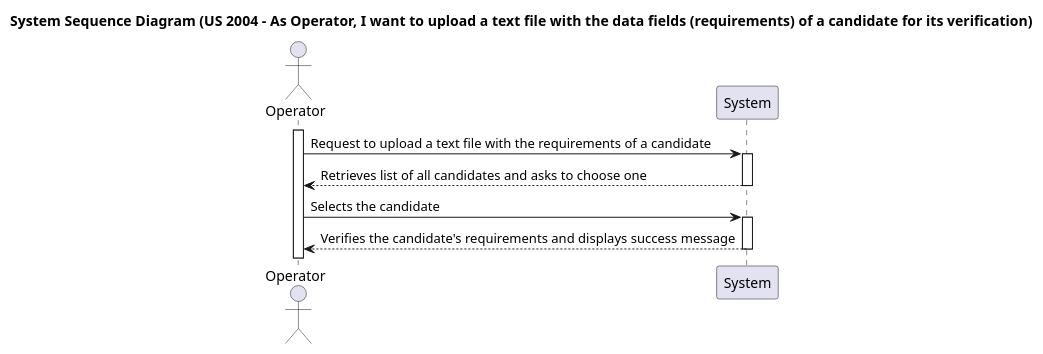
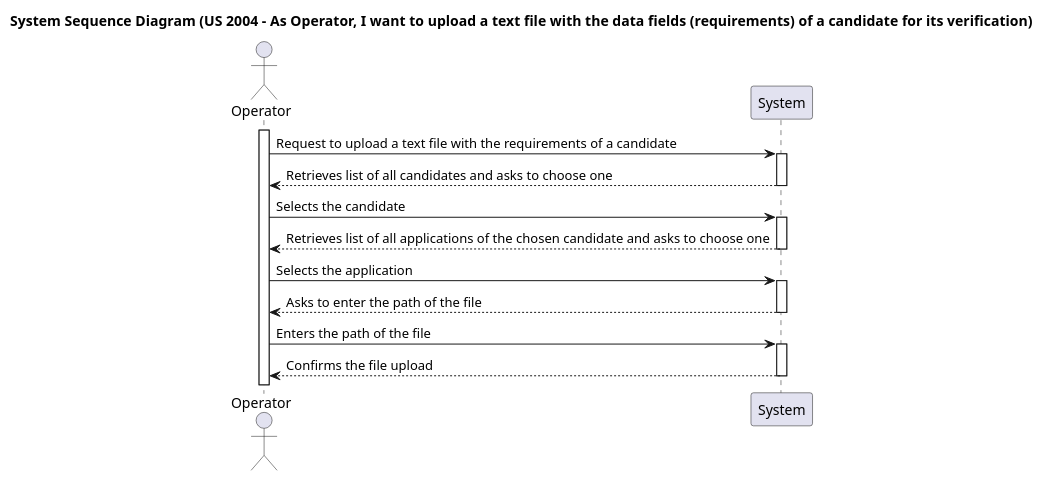
One commit to marcoferreira37/Lapr4 changed the diagram in docs/sprintC/2004/puml/2004-system-sequence-diagram.puml. Above: the diagram before and after it, drawn with PlantUML.

Commit message:
#48 ssd changes done

```diff
--- a/docs/sprintC/2004/puml/2004-system-sequence-diagram.puml
+++ b/docs/sprintC/2004/puml/2004-system-sequence-diagram.puml
@@ -1,17 +1,24 @@
 @startuml
 title System Sequence Diagram (US 2004 - As Operator, I want to upload a text file with the data fields (requirements) of a candidate for its verification)
 
 actor Operator as Operator
 participant System as "System"
 
 activate Operator
 Operator -> System: Request to upload a text file with the requirements of a candidate
 activate System
 System --> Operator: Retrieves list of all candidates and asks to choose one
 deactivate System
 Operator -> System: Selects the candidate
 activate System
-System --> Operator: Verifies the candidate's requirements and displays success message
+System --> Operator: Retrieves list of all applications of the chosen candidate and asks to choose one
 deactivate System
-
+Operator->System: Selects the application
+activate System
+System --> Operator: Asks to enter the path of the file
+deactivate System
+Operator->System: Enters the path of the file
+activate System
+System --> Operator: Confirms the file upload
+deactivate System
 @enduml
```
